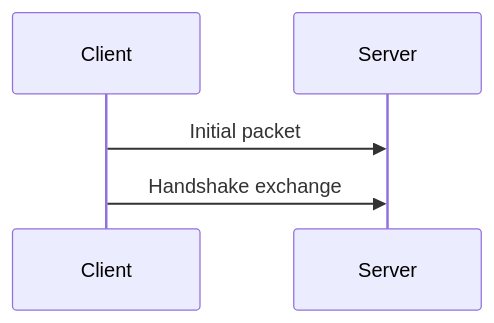
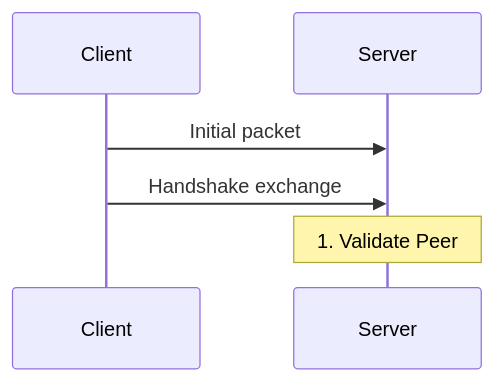
Before and after one commit to BehavioML/specifications: the diagram in examples/quic/generated/mermaid/workflow-sequence-client-establish_connection.mmd, drawn with Mermaid. The commit also changed 9 other files, not shown here.

Commit message:
Regenerate Mermaid diagrams with expanded uses (#19)

```diff
--- a/examples/quic/generated/mermaid/workflow-sequence-client-establish_connection.mmd
+++ b/examples/quic/generated/mermaid/workflow-sequence-client-establish_connection.mmd
@@ -1,6 +1,7 @@
 sequenceDiagram
   participant client as Client
   participant server as Server
 
   client->>server: Initial packet
   client->>server: Handshake exchange
+  Note over server: 1. Validate Peer
```
